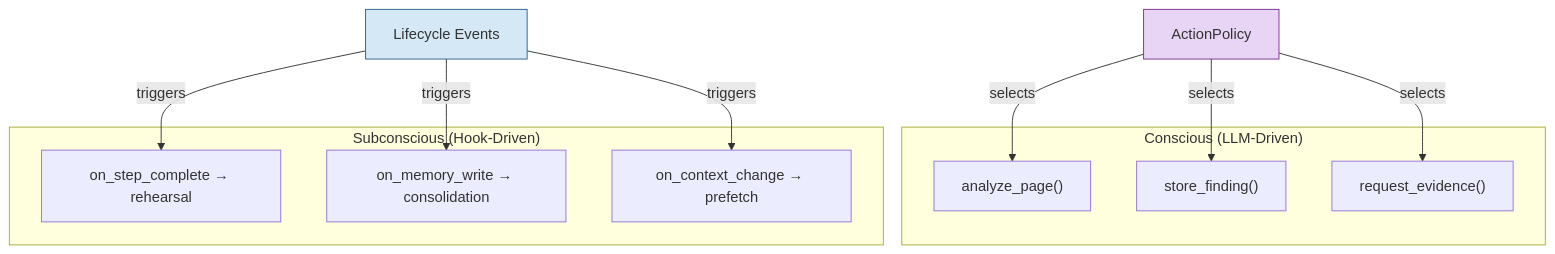
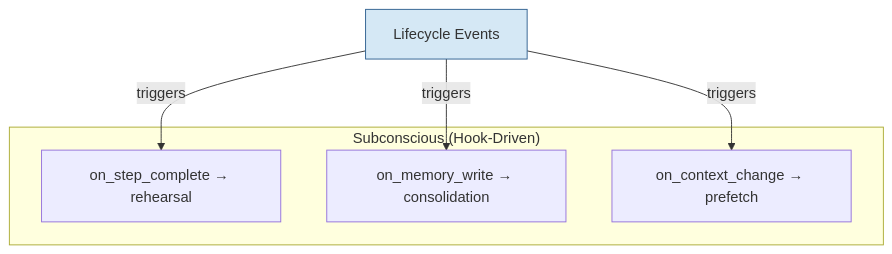
The third of 3 diagrams in docs/design-insights/capabilities-as-aspects.md (Polymathera/colony), drawn with Mermaid before and after one commit. The commit also changed other lines of this file and 27 other files, not shown here.

````diff
--- a/docs/design-insights/capabilities-as-aspects.md
+++ b/docs/design-insights/capabilities-as-aspects.md
@@ -58,25 +136,14 @@
 ```mermaid
 graph TB
-    subgraph "Conscious (LLM-Driven)"
-        AE1["analyze_page()"]
-        AE2["store_finding()"]
-        AE3["request_evidence()"]
-    end
-
     subgraph "Subconscious (Hook-Driven)"
         H1["on_step_complete → rehearsal"]
         H2["on_memory_write → consolidation"]
         H3["on_context_change → prefetch"]
     end
 
-    AP[ActionPolicy] -->|selects| AE1
-    AP -->|selects| AE2
-    AP -->|selects| AE3
-
     LC[Lifecycle Events] -->|triggers| H1
     LC -->|triggers| H2
     LC -->|triggers| H3
 
-    style AP fill:#e8d5f5,stroke:#7b2d8e
     style LC fill:#d5e8f5,stroke:#2d5e8e
 ```
````
